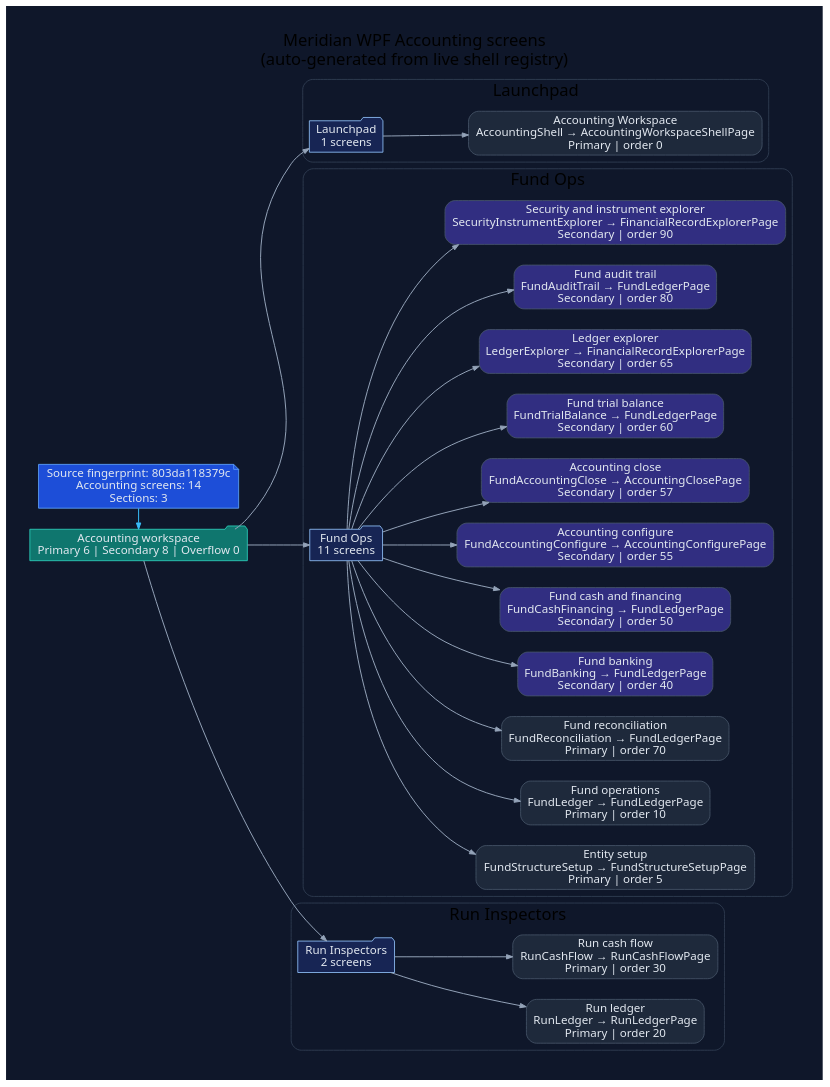
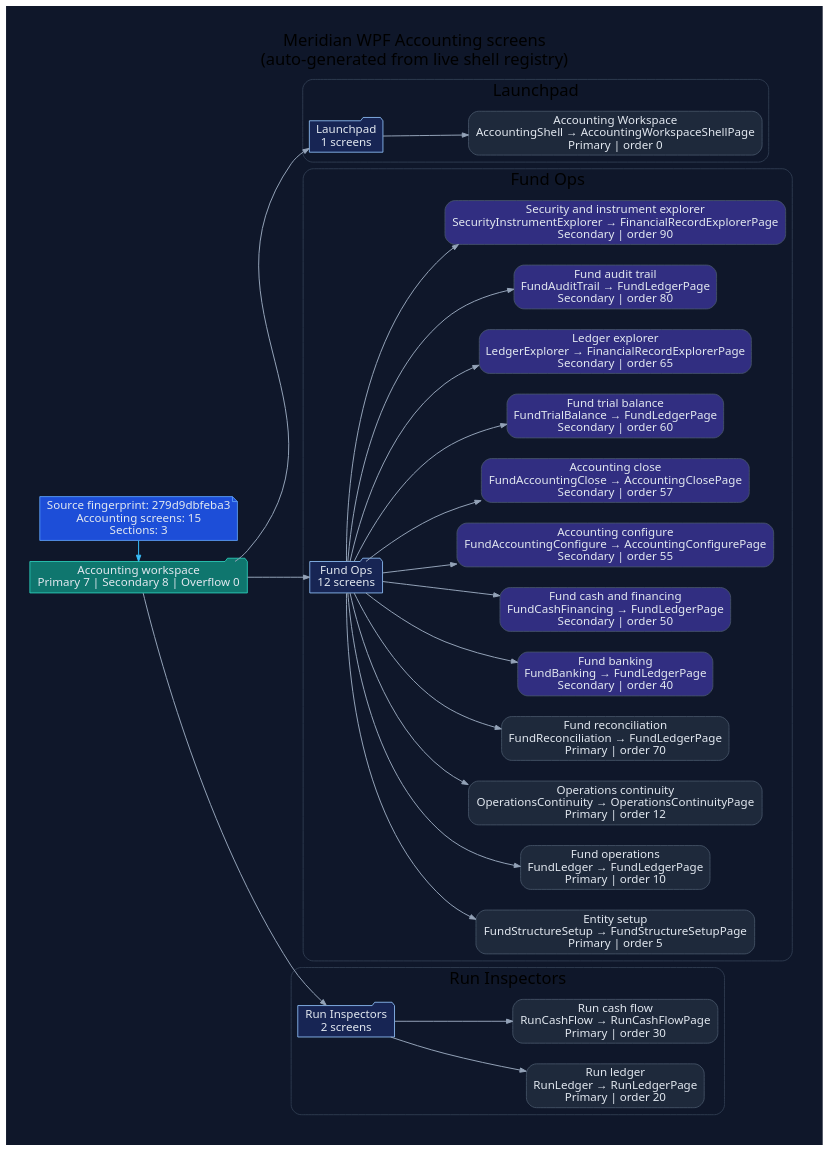
The diagram in docs/diagrams/ui/ui-wpf-screens-accounting.dot (rodoHasArrived/Meridian-main), drawn with Graphviz before and after one commit. The commit also changed 72 other files, not shown here.

First line of the commit message:
Add WPF Operations Continuity and Record Release pages for W8-WPF-PARITY-001 Wave P3

```diff
--- a/docs/diagrams/ui/ui-wpf-screens-accounting.dot
+++ b/docs/diagrams/ui/ui-wpf-screens-accounting.dot
@@ -1,78 +1,80 @@
 // -----------------------------------------------------------------------------
 // <auto-generated>
 // Generated by scripts/generate-diagrams.mjs.
 // Do not edit this file directly; update the WPF source files instead.
 // -----------------------------------------------------------------------------
 digraph WpfAccountingScreens {
   graph [
     rankdir=LR,
     labelloc=t,
     label="Meridian WPF Accounting screens\n(auto-generated from live shell registry)",
     fontname="Segoe UI",
     fontsize=20,
     pad=0.4,
     nodesep=0.35,
     ranksep=0.85,
     bgcolor="#0f172a"
   ];
   node [fontname="Segoe UI", shape=box, style="rounded,filled", color="#475569", fontcolor="#e2e8f0", fillcolor="#1e293b"];
   edge [fontname="Segoe UI", color="#94a3b8", penwidth=1.2, arrowsize=0.75];
 
-  generated [shape=note, fillcolor="#1d4ed8", color="#60a5fa", label="Source fingerprint: 803da118379c\nAccounting screens: 14\nSections: 3"];
-  workspace [shape=folder, fillcolor="#0f766e", color="#2dd4bf", label="Accounting workspace\nPrimary 6 | Secondary 8 | Overflow 0"];
+  generated [shape=note, fillcolor="#1d4ed8", color="#60a5fa", label="Source fingerprint: 279d9dbfeba3\nAccounting screens: 15\nSections: 3"];
+  workspace [shape=folder, fillcolor="#0f766e", color="#2dd4bf", label="Accounting workspace\nPrimary 7 | Secondary 8 | Overflow 0"];
   generated -> workspace [color="#38bdf8"];
 
   subgraph cluster_section_1 {
     label="Launchpad";
     color="#334155";
     style="rounded";
     section_1 [shape=folder, fillcolor="#172554", color="#93c5fd", label="Launchpad\n1 screens"];
     workspace -> section_1;
     screen_AccountingShell [fillcolor="#1e293b", label="Accounting Workspace\nAccountingShell → AccountingWorkspaceShellPage\nPrimary | order 0"];
     section_1 -> screen_AccountingShell;
   }
 
   subgraph cluster_section_2 {
     label="Fund Ops";
     color="#334155";
     style="rounded";
-    section_2 [shape=folder, fillcolor="#172554", color="#93c5fd", label="Fund Ops\n11 screens"];
+    section_2 [shape=folder, fillcolor="#172554", color="#93c5fd", label="Fund Ops\n12 screens"];
     workspace -> section_2;
     screen_FundStructureSetup [fillcolor="#1e293b", label="Entity setup\nFundStructureSetup → FundStructureSetupPage\nPrimary | order 5"];
     section_2 -> screen_FundStructureSetup;
     screen_FundLedger [fillcolor="#1e293b", label="Fund operations\nFundLedger → FundLedgerPage\nPrimary | order 10"];
     section_2 -> screen_FundLedger;
+    screen_OperationsContinuity [fillcolor="#1e293b", label="Operations continuity\nOperationsContinuity → OperationsContinuityPage\nPrimary | order 12"];
+    section_2 -> screen_OperationsContinuity;
     screen_FundReconciliation [fillcolor="#1e293b", label="Fund reconciliation\nFundReconciliation → FundLedgerPage\nPrimary | order 70"];
     section_2 -> screen_FundReconciliation;
     screen_FundBanking [fillcolor="#312e81", label="Fund banking\nFundBanking → FundLedgerPage\nSecondary | order 40"];
     section_2 -> screen_FundBanking;
     screen_FundCashFinancing [fillcolor="#312e81", label="Fund cash and financing\nFundCashFinancing → FundLedgerPage\nSecondary | order 50"];
     section_2 -> screen_FundCashFinancing;
     screen_FundAccountingConfigure [fillcolor="#312e81", label="Accounting configure\nFundAccountingConfigure → AccountingConfigurePage\nSecondary | order 55"];
     section_2 -> screen_FundAccountingConfigure;
     screen_FundAccountingClose [fillcolor="#312e81", label="Accounting close\nFundAccountingClose → AccountingClosePage\nSecondary | order 57"];
     section_2 -> screen_FundAccountingClose;
     screen_FundTrialBalance [fillcolor="#312e81", label="Fund trial balance\nFundTrialBalance → FundLedgerPage\nSecondary | order 60"];
     section_2 -> screen_FundTrialBalance;
     screen_LedgerExplorer [fillcolor="#312e81", label="Ledger explorer\nLedgerExplorer → FinancialRecordExplorerPage\nSecondary | order 65"];
     section_2 -> screen_LedgerExplorer;
     screen_FundAuditTrail [fillcolor="#312e81", label="Fund audit trail\nFundAuditTrail → FundLedgerPage\nSecondary | order 80"];
     section_2 -> screen_FundAuditTrail;
     screen_SecurityInstrumentExplorer [fillcolor="#312e81", label="Security and instrument explorer\nSecurityInstrumentExplorer → FinancialRecordExplorerPage\nSecondary | order 90"];
     section_2 -> screen_SecurityInstrumentExplorer;
   }
 
   subgraph cluster_section_3 {
     label="Run Inspectors";
     color="#334155";
     style="rounded";
     section_3 [shape=folder, fillcolor="#172554", color="#93c5fd", label="Run Inspectors\n2 screens"];
     workspace -> section_3;
     screen_RunLedger [fillcolor="#1e293b", label="Run ledger\nRunLedger → RunLedgerPage\nPrimary | order 20"];
     section_3 -> screen_RunLedger;
     screen_RunCashFlow [fillcolor="#1e293b", label="Run cash flow\nRunCashFlow → RunCashFlowPage\nPrimary | order 30"];
     section_3 -> screen_RunCashFlow;
   }
 
   { rank=min; generated; workspace; }
 }
```
